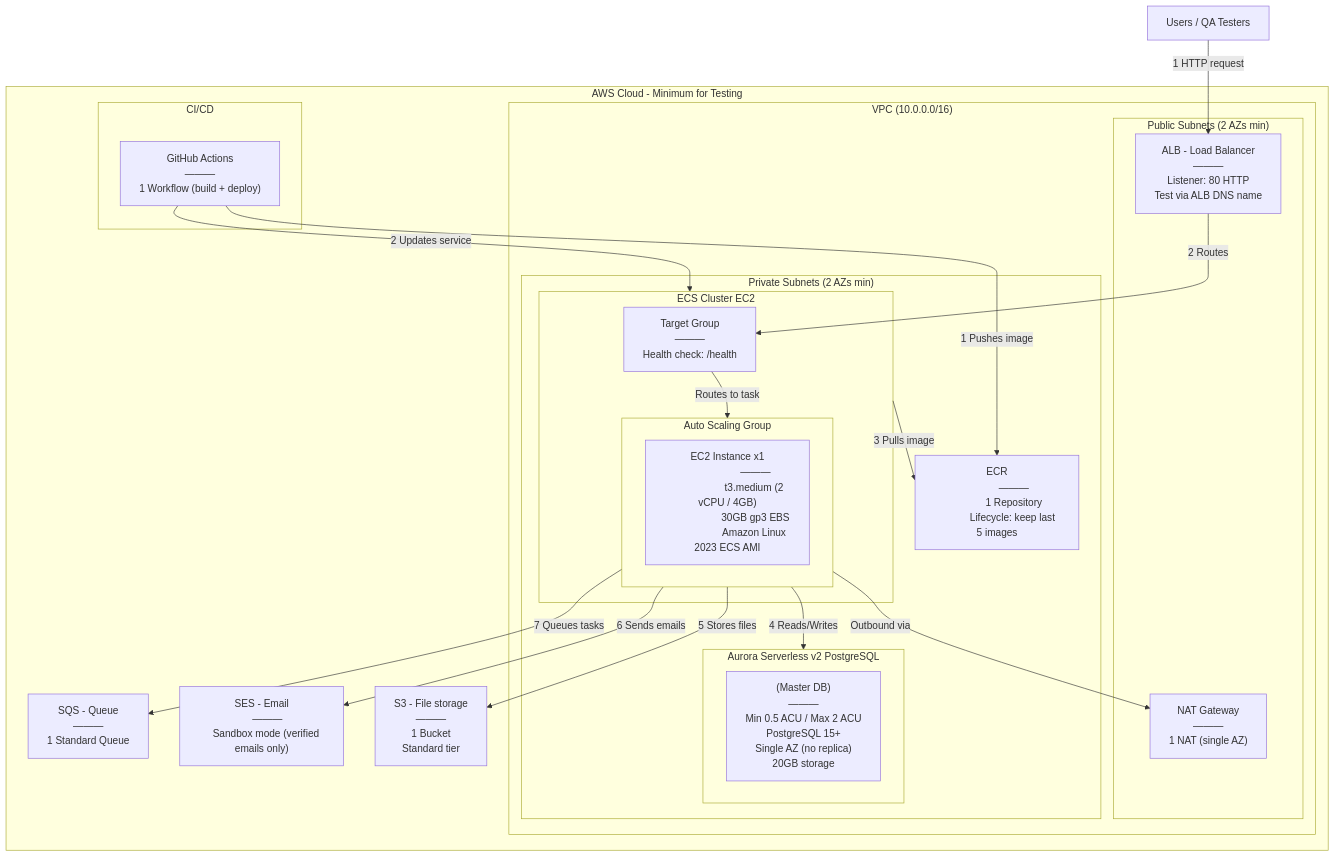
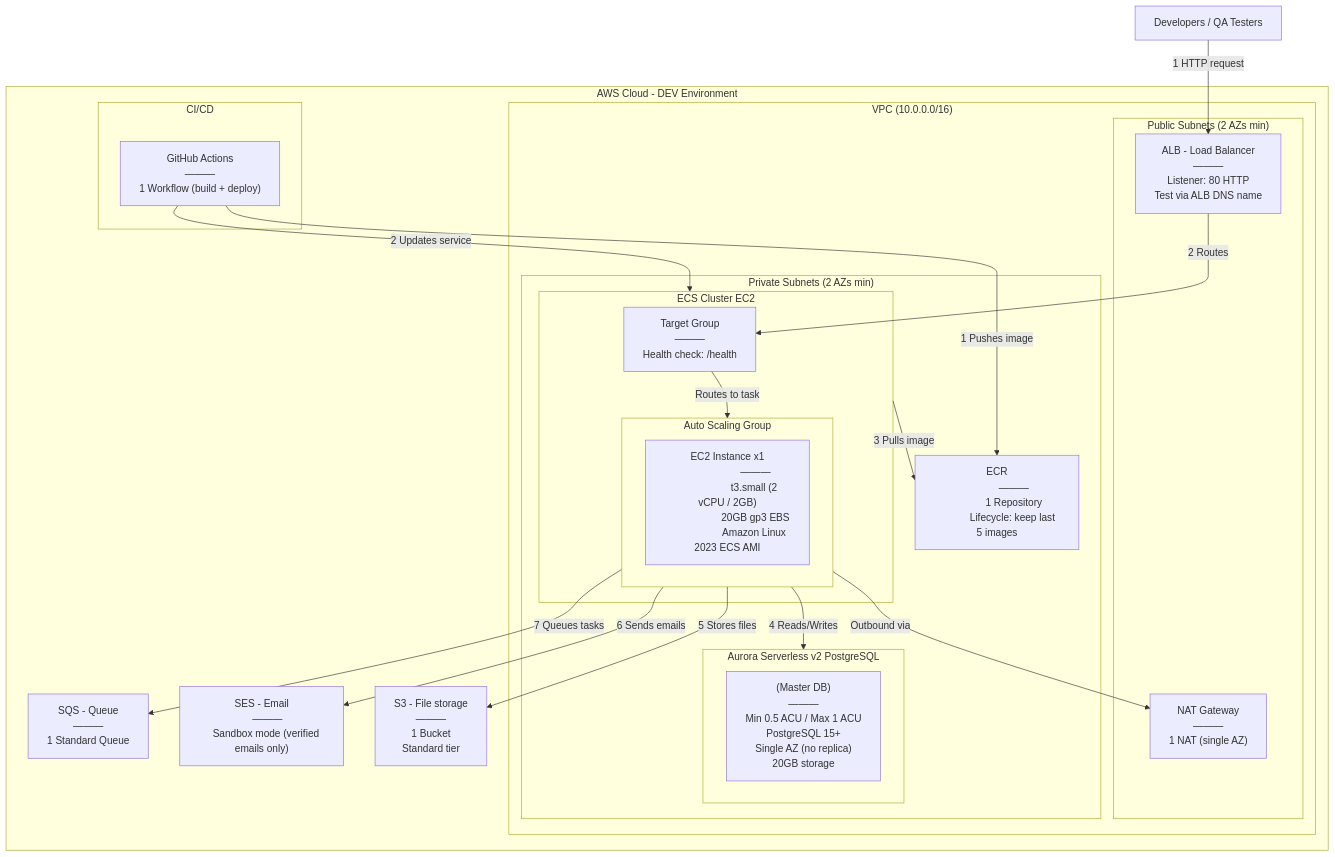
Before and after one commit to samir19406/test1: the diagram in minimu.md, drawn with Mermaid. The commit also changed other lines of this file, not shown here.

````diff
--- a/minimu.md
+++ b/minimu.md
@@ -1,9 +1,9 @@
 ```mermaid
 flowchart TB
 
-User[Users / QA Testers]
+User[Developers / QA Testers]
 
-subgraph AWS_Cloud[AWS Cloud - Minimum for Testing]
+subgraph AWS_Cloud["AWS Cloud - DEV Environment"]
 
 
 
@@ -28,8 +28,8 @@
                 subgraph ASG[Auto Scaling Group]
                     EC2_1["EC2 Instance x1
                     ———
-                    t3.medium (2 vCPU / 4GB)
-                    30GB gp3 EBS
+                    t3.small (2 vCPU / 2GB)
+                    20GB gp3 EBS
                     Amazon Linux 2023 ECS AMI"]
                 end
             end
@@ -37,7 +37,7 @@
             subgraph Aurora_Cluster["Aurora Serverless v2 PostgreSQL"]
                 MasterDB["(Master DB)
                 ———
-                Min 0.5 ACU / Max 2 ACU
+                Min 0.5 ACU / Max 1 ACU
                 PostgreSQL 15+
                 Single AZ (no replica)
                 20GB storage"]
````
